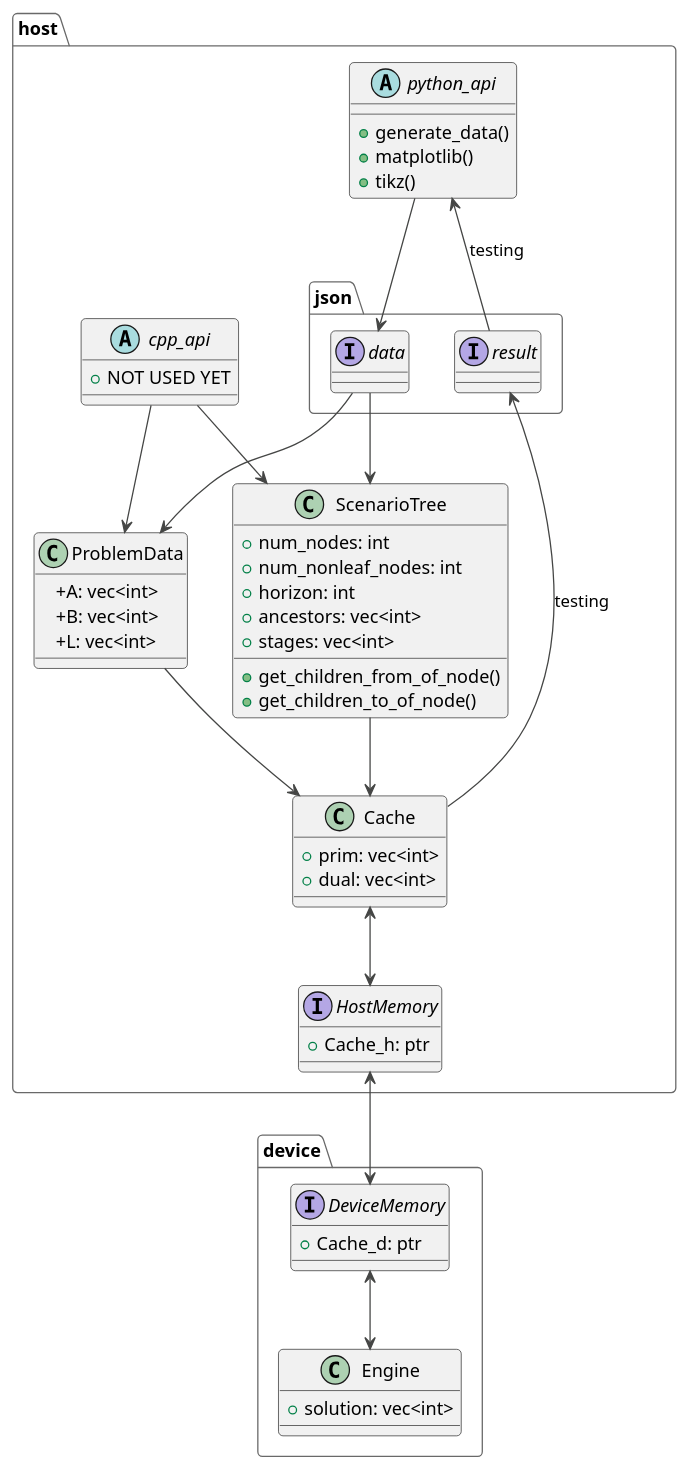
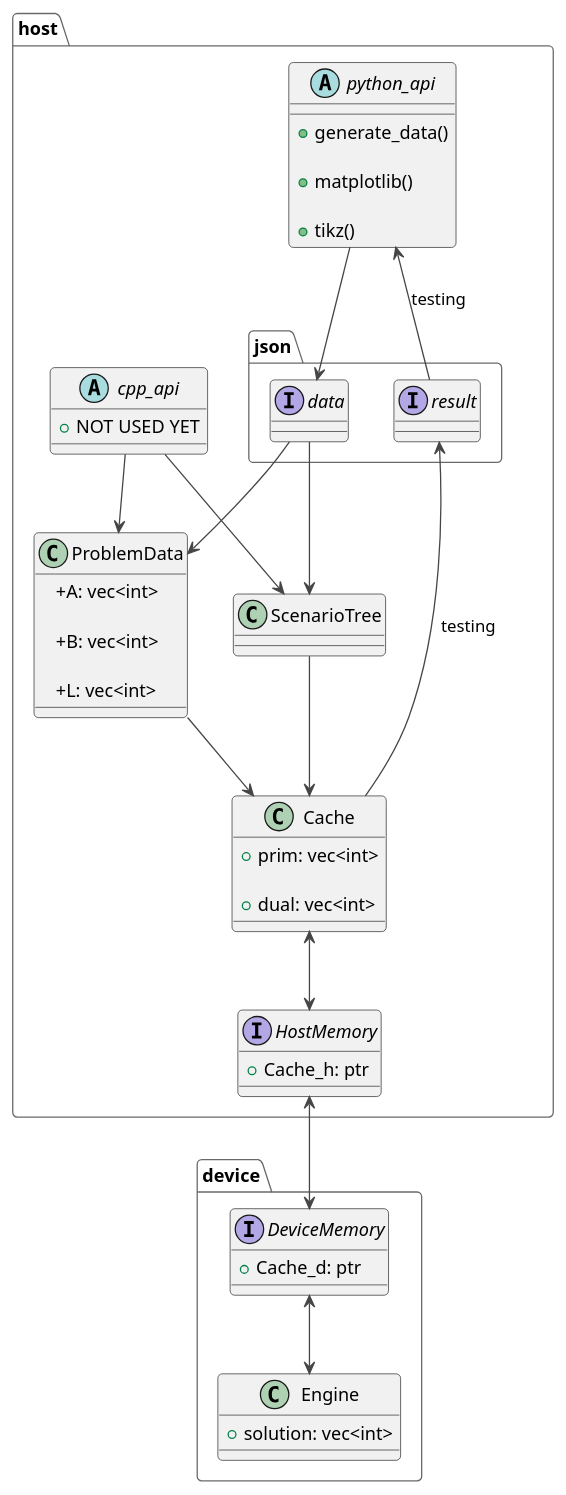
One commit to ruairimoran/spock.cu changed the sixth of 6 diagrams in docs/software_uml.md. Above: the diagram before and after it, drawn with PlantUML. The commit also changed other lines of this file, not shown here.

First line of the commit message:
UML and initial design

````diff
--- a/docs/software_uml.md
+++ b/docs/software_uml.md
@@ -2,67 +266,118 @@
 ```plantuml
+
 !theme vibrant
 
+  
 abstract host.python_api {
-	+generate_data()
-	+matplotlib()
-	+tikz()
-}
-abstract host.cpp_api {
-	+NOT USED YET
+
++generate_data()
+
++matplotlib()
+
++tikz()
+
 }
 
+abstract host.cpp_api {
+
++NOT USED YET
+
+}
+
+  
+
 interface host.json.data
+
 interface host.json.result
 
-class host.ScenarioTree {  
-	+num_nodes: int
-	+num_nonleaf_nodes: int
-	+horizon: int
-	+ancestors: vec<int>
-	+stages: vec<int>
-	+get_children_from_of_node()
-	+get_children_to_of_node()
+  
+
+class host.ScenarioTree {
+
 }
 
-class host.ProblemData {  
+  
+
+class host.ProblemData {
+
    +A: vec<int>
+
    +B: vec<int>
+
    +L: vec<int>
+
 }
 
+  
+
 class host.Cache {
-	+prim: vec<int>
-	+dual: vec<int>
+
++prim: vec<int>
+
++dual: vec<int>
+
 }
 
+  
+
 interface host.HostMemory {
-	+Cache_h: ptr
+
++Cache_h: ptr
+
 }
 
+  
+
 interface device.DeviceMemory {
-	+Cache_d: ptr
+
++Cache_d: ptr
+
 }
 
+  
+
 class device.Engine {
-	+solution: vec<int>
+
++solution: vec<int>
+
 }
 
+  
+
 host.python_api --> host.json.data
+
 host.cpp_api --> host.ScenarioTree
+
 host.cpp_api --> host.ProblemData
 
+  
+
 host.json.data --> host.ScenarioTree
+
 host.json.data --> host.ProblemData
 
+  
+
 host.ScenarioTree --> host.Cache
+
 host.ProblemData --> host.Cache
 
+  
+
 host.Cache <--> host.HostMemory
+
 host.HostMemory <--> device.DeviceMemory
+
 device.DeviceMemory <--> device.Engine
 
+  
+
 host.Cache --> host.json.result : "testing"
+
 host.json.result --> host.python_api : "testing"
 
+  
+
 @enduml
+
 ```
````
